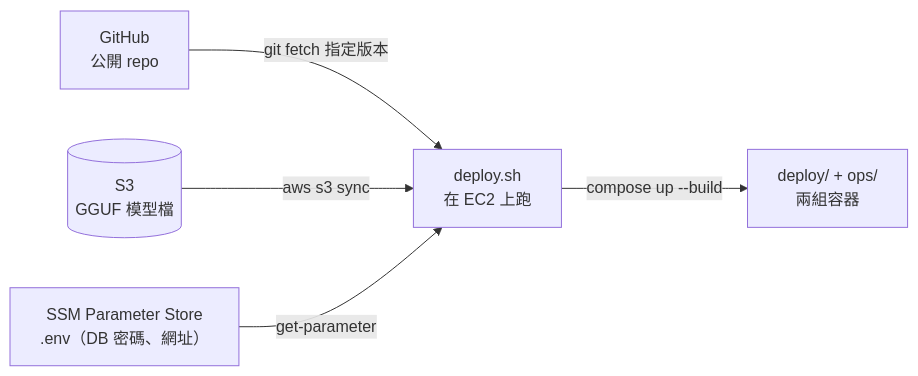
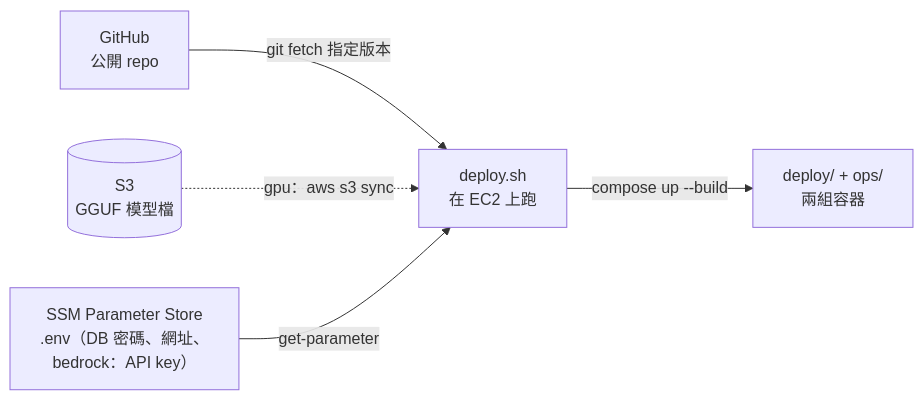
The second of 2 diagrams in infra/envs/1-ec2/README.md (Anderson-chen/talkcal), drawn with Mermaid before and after one commit. The commit also changed other lines of this file and 17 other files, not shown here.

First line of the commit message:
雲端先走一般機型 + Bedrock，GPU 那條路用 model_backend 留著

````diff
--- a/infra/envs/1-ec2/README.md
+++ b/infra/envs/1-ec2/README.md
@@ -23,7 +45,7 @@
 ```mermaid
 flowchart LR
     gh["GitHub<br/>公開 repo"] -->|"git fetch 指定版本"| deploy["deploy.sh<br/>在 EC2 上跑"]
-    s3m[("S3<br/>GGUF 模型檔")] -->|"aws s3 sync"| deploy
-    ssm["SSM Parameter Store<br/>.env（DB 密碼、網址）"] -->|"get-parameter"| deploy
+    s3m[("S3<br/>GGUF 模型檔")] -.->|"gpu：aws s3 sync"| deploy
+    ssm["SSM Parameter Store<br/>.env（DB 密碼、網址、<br/>bedrock：API key）"] -->|"get-parameter"| deploy
     deploy -->|"compose up --build"| stack["deploy/ + ops/<br/>兩組容器"]
 ```
````
